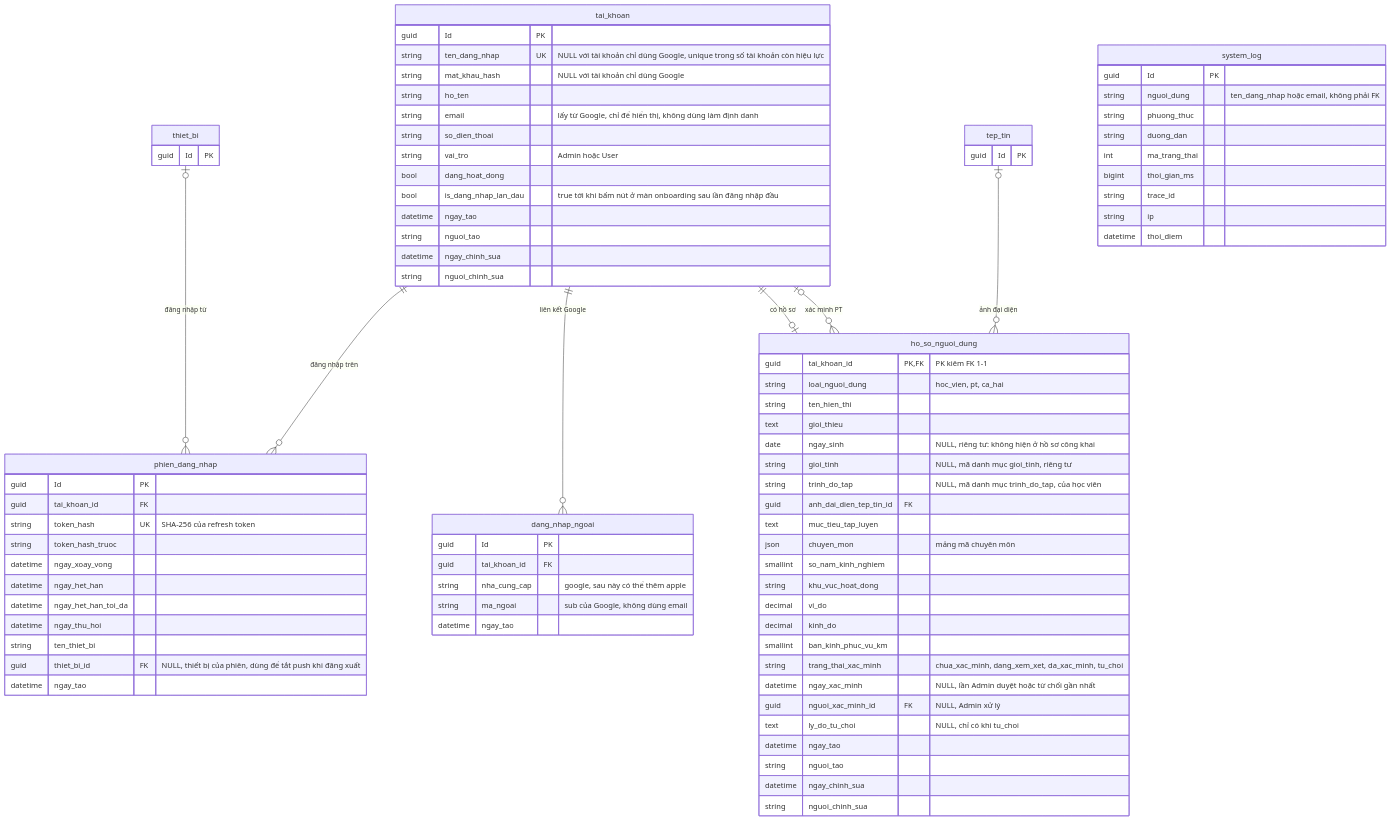
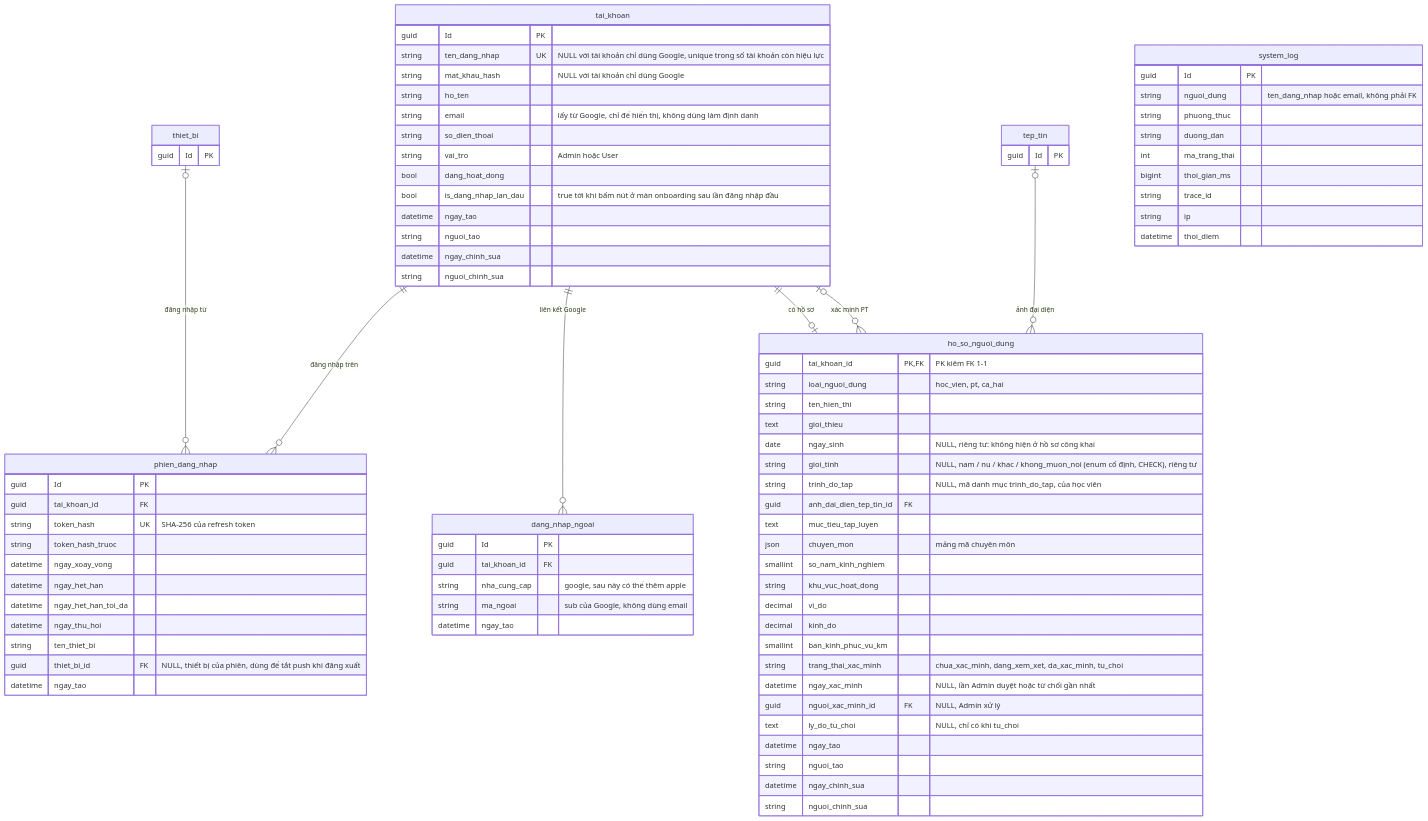
The first of 3 diagrams in database/diagrams/01-tai-khoan-ho-so.md (ngongochuy2003/GymBase), drawn with Mermaid before and after one commit. The commit also changed other lines of this file and 2 other files, not shown here.

Commit message:
docs(api): ghi giới tính là danh sách cố định trong trang hồ sơ, danh mục và sơ đồ database

```diff
--- a/database/diagrams/01-tai-khoan-ho-so.md
+++ b/database/diagrams/01-tai-khoan-ho-so.md
@@ -57,7 +57,7 @@
         string ten_hien_thi
         text gioi_thieu
         date ngay_sinh "NULL, riêng tư: không hiện ở hồ sơ công khai"
-        string gioi_tinh "NULL, mã danh mục gioi_tinh, riêng tư"
+        string gioi_tinh "NULL, nam / nu / khac / khong_muon_noi (enum cố định, CHECK), riêng tư"
         string trinh_do_tap "NULL, mã danh mục trinh_do_tap, của học viên"
         guid anh_dai_dien_tep_tin_id FK
         text muc_tieu_tap_luyen
```
